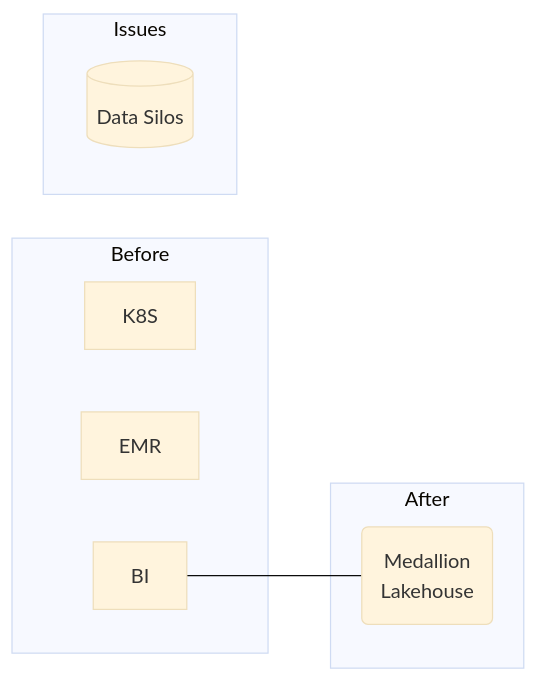
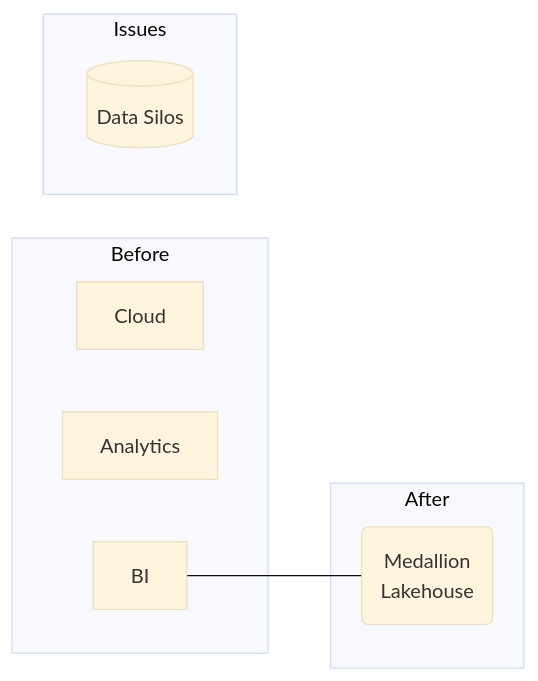
The second of 18 diagrams in readme.md (mgorav/MedallionArchitecture), drawn with Mermaid (base theme) before and after one commit. The commit also changed other lines of this file and 1 other file, not shown here.

````diff
--- a/readme.md
+++ b/readme.md
@@ -24,13 +22,13 @@
 ```mermaid
 graph LR
 subgraph Before
-K8S & EMR & BI
+Cloud & Analytics & BI
 end
 subgraph Issues
 Fragments[(Data Silos)]  
 end 
 subgraph After 
 M(Medallion<br>Lakehouse)
 end
 BI --- M
 ```
````
